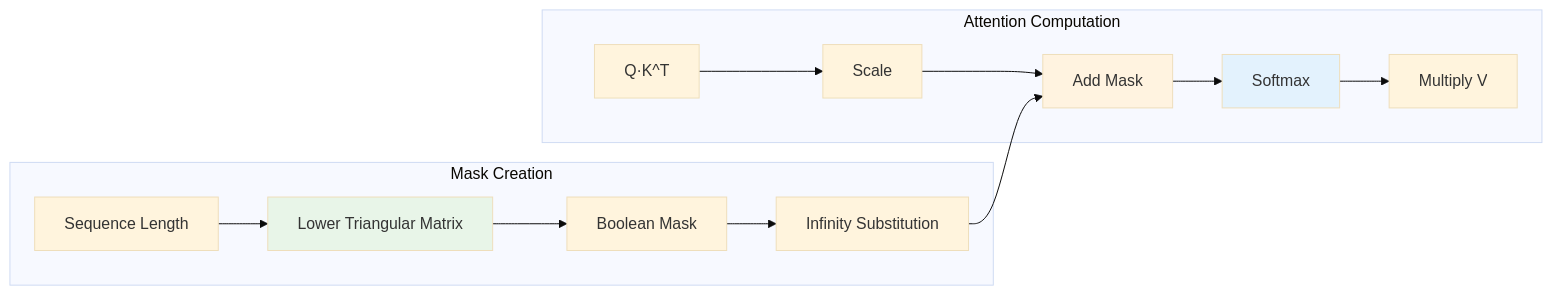
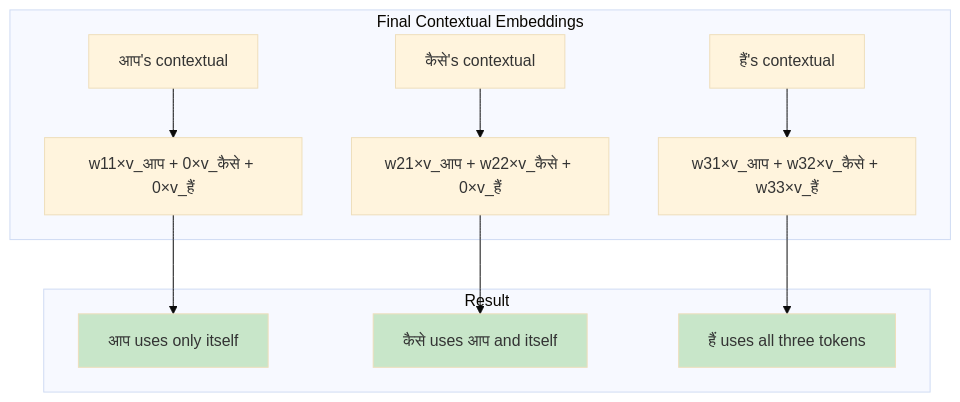
Before and after one commit to Sankhyesh/AI-Learning-Roadmap-2024: diagram 19 of 55 in CampusX/100-days-deep-learning/81-masked-multi-head-attention-transformer-decoder.md, drawn with Mermaid (base theme). The commit also changed other lines of this file, not shown here.

````diff
--- a/CampusX/100-days-deep-learning/81-masked-multi-head-attention-transformer-decoder.md
+++ b/CampusX/100-days-deep-learning/81-masked-multi-head-attention-transformer-decoder.md
@@ -366,21 +738,22 @@
 ```mermaid
-graph LR
-    subgraph "Mask Creation"
-        A[Sequence Length] --> B[Lower Triangular Matrix]
-        B --> C[Boolean Mask]
-        C --> D[Infinity Substitution]
+graph TD
+    subgraph "Final Contextual Embeddings"
+        A[आप's contextual] --> B[w11×v_आप + 0×v_कैसे + 0×v_हैं]
+        C[कैसे's contextual] --> D[w21×v_आप + w22×v_कैसे + 0×v_हैं]  
+        E[हैं's contextual] --> F[w31×v_आप + w32×v_कैसे + w33×v_हैं]
     end
     
-    subgraph "Attention Computation"
-        E[Q·K^T] --> F[Scale]
-        F --> G[Add Mask]
-        G --> H[Softmax]
-        H --> I[Multiply V]
+    subgraph "Result"
+        G[आप uses only itself]
+        H[कैसे uses आप and itself]
+        I[हैं uses all three tokens]
+        
+        B --> G
+        D --> H
+        F --> I
     end
     
-    D --> G
-    
-    style B fill:#e8f5e8
-    style G fill:#fff3e0
-    style H fill:#e3f2fd
+    style G fill:#c8e6c9
+    style H fill:#c8e6c9
+    style I fill:#c8e6c9
 ```
````
